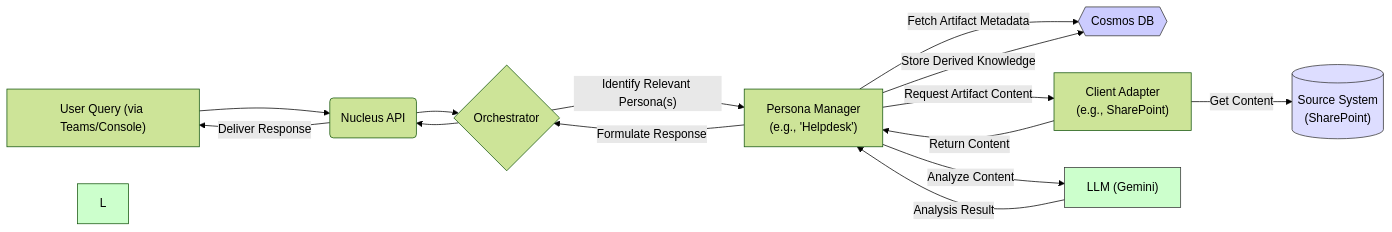
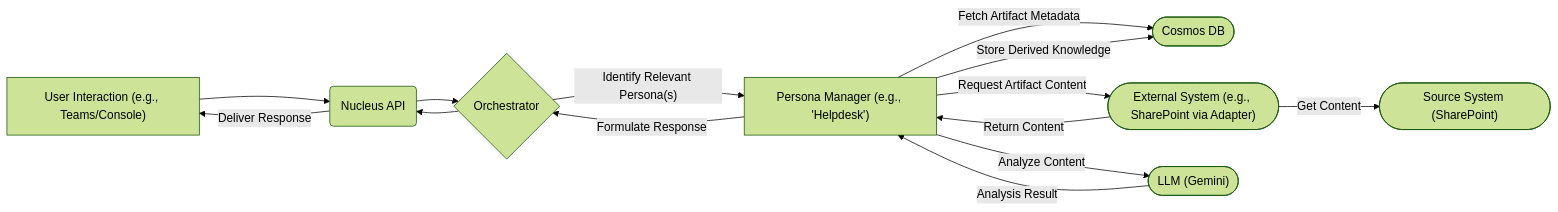
One commit to jfjordanfarr/Nucleus changed the fifth of 5 diagrams in Docs/Architecture/00_ARCHITECTURE_OVERVIEW.md. Above: the diagram before and after it, drawn with Mermaid (forest theme). The commit also changed other lines of this file and 12 other files, not shown here.

Commit message:
Better mermaid parsing on existing docs

````diff
--- a/Docs/Architecture/00_ARCHITECTURE_OVERVIEW.md
+++ b/Docs/Architecture/00_ARCHITECTURE_OVERVIEW.md
@@ -373,21 +314,17 @@
 ```mermaid
 graph LR
-    A["User Query (via Teams/Console)"] --> B(Nucleus API);
-    B --> C{Orchestrator};
-    C -- "Identify Relevant Persona(s)" --> D["Persona Manager <br/> (e.g., 'Helpdesk')"];
-    D -- "Fetch Artifact Metadata" --> E{{Cosmos DB}};    
-    D -- "Request Artifact Content" --> F["Client Adapter <br/> (e.g., SharePoint)"];
-    F -- "Get Content" --> G[("Source System <br/> (SharePoint)")];
-    F -- "Return Content" --> D;
-    D -- "Analyze Content" --> H["LLM (Gemini)"];
-    D -- "Store Derived Knowledge" --> E;
-    H -- "Analysis Result" --> D;
-    D -- "Formulate Response" --> C;
-    C --> B;
-    B -- "Deliver Response" --> A;
-
-    style E fill:#ccf,stroke:#333,stroke-width:1px
-    style G fill:#ddf,stroke:#333,stroke-width:1px
-    style H fill:#cfc,stroke:#333,stroke-width:1px
-    style L fill:#cfc
+    A["User Interaction (e.g., Teams/Console)"] --> B(Nucleus API)
+    B --> C{Orchestrator}
+    C -- "Identify Relevant Persona(s)" --> D["Persona Manager (e.g., 'Helpdesk')"]
+    D -- "Fetch Artifact Metadata" --> E([Cosmos DB])
+    
+    D -- "Request Artifact Content" --> F(["External System (e.g., SharePoint via Adapter)"])
+    F -- "Get Content" --> G(["Source System (SharePoint)"])
+    F -- "Return Content" --> D
+    D -- "Analyze Content" --> H(["LLM (Gemini)"])
+    D -- "Store Derived Knowledge" --> E
+    H -- "Analysis Result" --> D
+    D -- "Formulate Response" --> C
+    C --> B
+    B -- "Deliver Response" --> A
 ```
````
